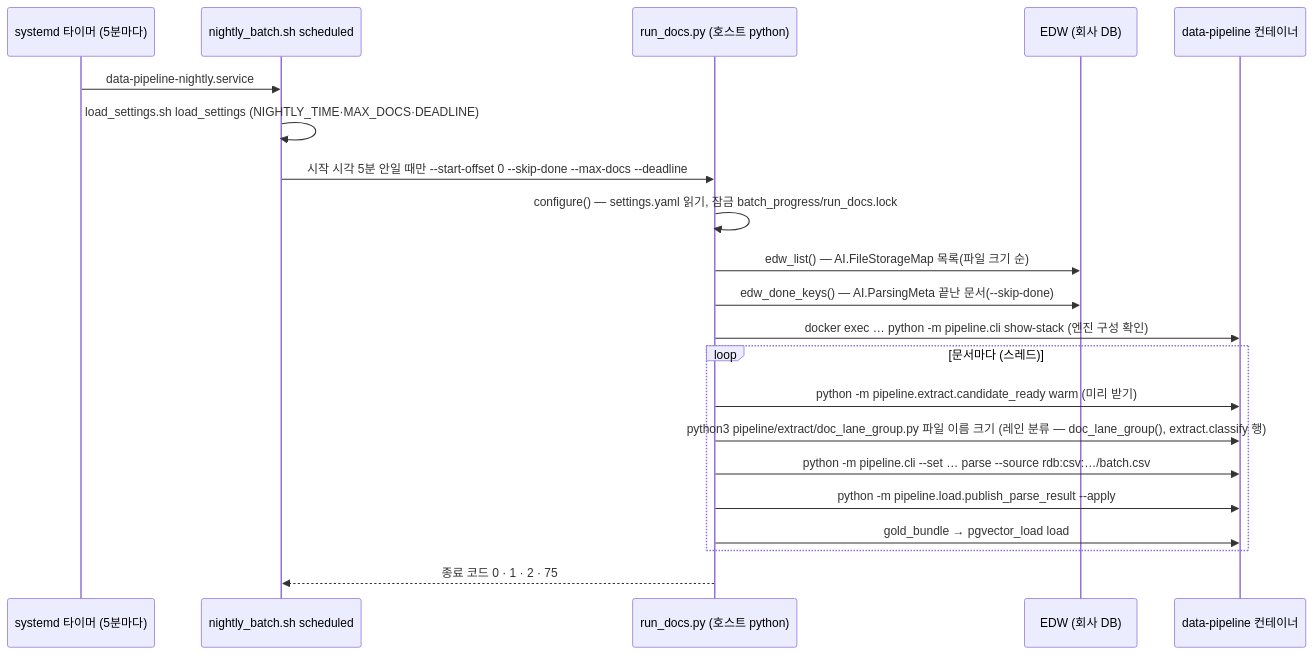
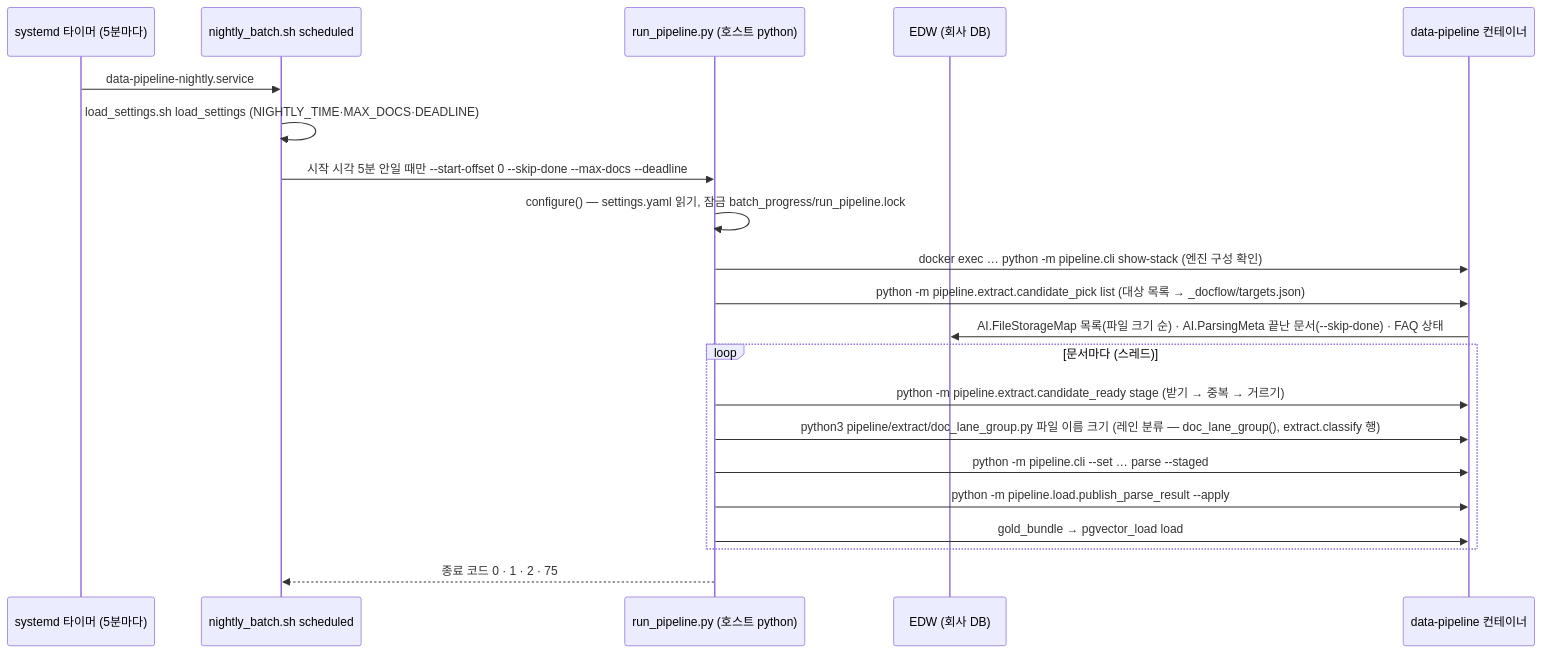
One commit to gigasamba/sbl_data_parsing changed the second of 11 diagrams in docs/architecture/parse_flow.md. Above: the diagram before and after it, drawn with Mermaid. The commit also changed other lines of this file and 62 other files, not shown here.

````diff
--- a/docs/architecture/parse_flow.md
+++ b/docs/architecture/parse_flow.md
@@ -79,23 +75,23 @@
 ```mermaid
 sequenceDiagram
     participant T as systemd 타이머 (5분마다)
     participant S as nightly_batch.sh scheduled
-    participant R as run_docs.py (호스트 python)
+    participant R as run_pipeline.py (호스트 python)
     participant E as EDW (회사 DB)
     participant C as data-pipeline 컨테이너
     T->>S: data-pipeline-nightly.service
     S->>S: load_settings.sh load_settings (NIGHTLY_TIME·MAX_DOCS·DEADLINE)
     S->>R: 시작 시각 5분 안일 때만 --start-offset 0 --skip-done --max-docs --deadline
-    R->>R: configure() — settings.yaml 읽기, 잠금 batch_progress/run_docs.lock
-    R->>E: edw_list() — AI.FileStorageMap 목록(파일 크기 순)
-    R->>E: edw_done_keys() — AI.ParsingMeta 끝난 문서(--skip-done)
+    R->>R: configure() — settings.yaml 읽기, 잠금 batch_progress/run_pipeline.lock
     R->>C: docker exec … python -m pipeline.cli show-stack (엔진 구성 확인)
+    R->>C: python -m pipeline.extract.candidate_pick list (대상 목록 → _docflow/targets.json)
+    C->>E: AI.FileStorageMap 목록(파일 크기 순) · AI.ParsingMeta 끝난 문서(--skip-done) · FAQ 상태
     loop 문서마다 (스레드)
-        R->>C: python -m pipeline.extract.candidate_ready warm (미리 받기)
+        R->>C: python -m pipeline.extract.candidate_ready stage (받기 → 중복 → 거르기)
         R->>C: python3 pipeline/extract/doc_lane_group.py 파일 이름 크기 (레인 분류 — doc_lane_group(), extract.classify 행)
-        R->>C: python -m pipeline.cli --set … parse --source rdb:csv:…/batch.csv
+        R->>C: python -m pipeline.cli --set … parse --staged
         R->>C: python -m pipeline.load.publish_parse_result --apply
         R->>C: gold_bundle → pgvector_load load
     end
     R-->>S: 종료 코드 0 · 1 · 2 · 75
 ```
````
